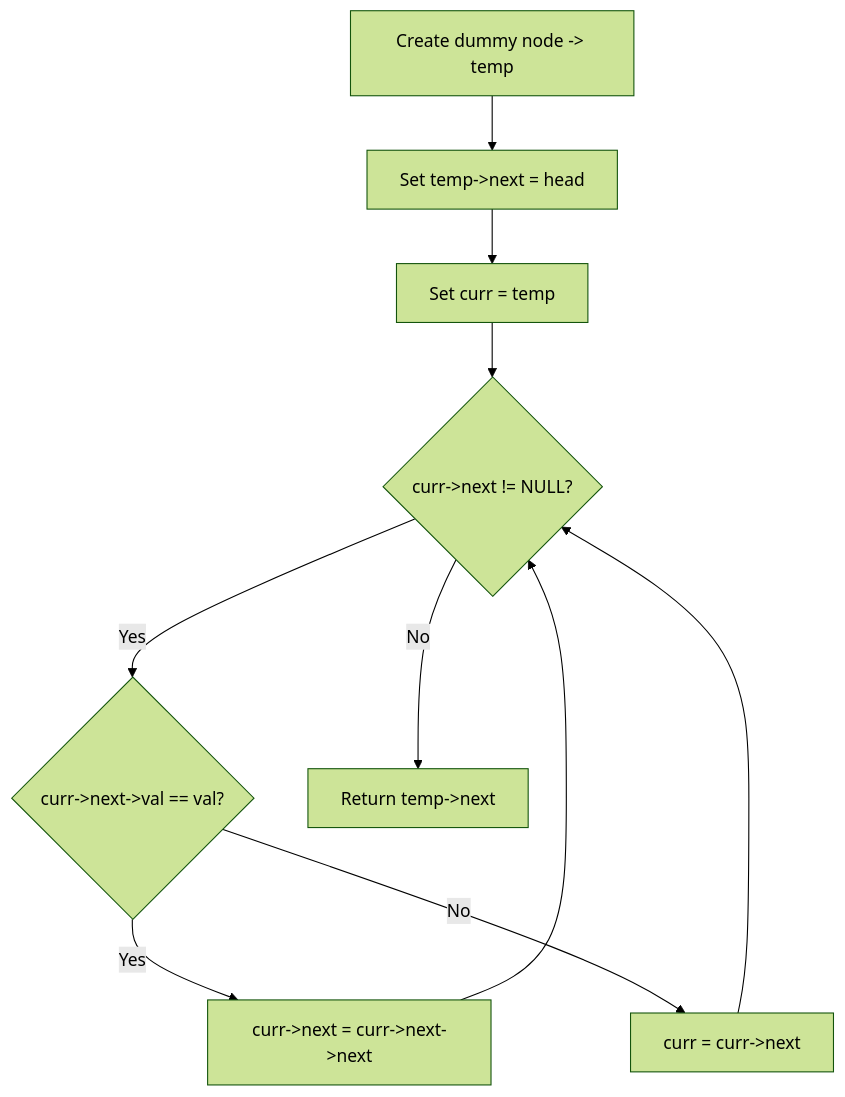
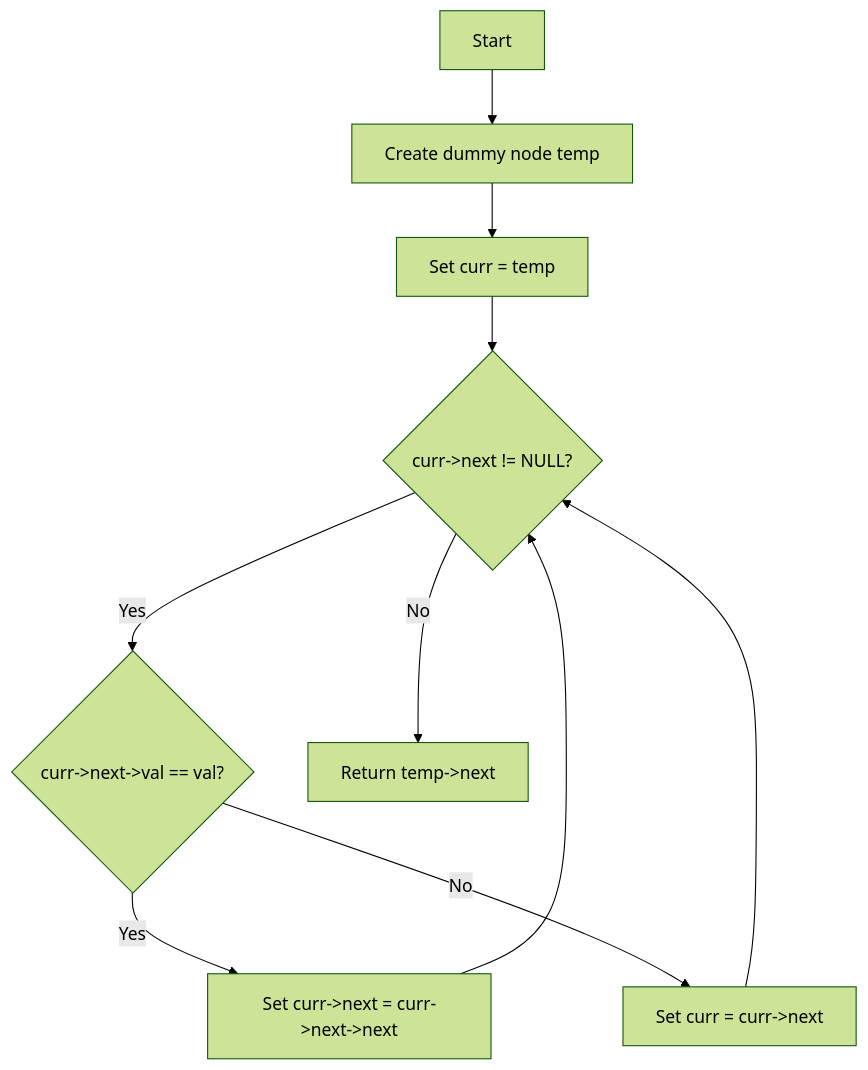
Before and after one commit to GH-Shivam007/50DaysOfCode: the second of 2 diagrams in approachDay6.md, drawn with Mermaid (forest theme). The commit also changed other lines of this file, not shown here.

````diff
--- a/approachDay6.md
+++ b/approachDay6.md
@@ -116,12 +114,12 @@
 ```mermaid
 flowchart TD
-    A[Create dummy node -> temp] --> B[Set temp->next = head]
+    A[Start] --> B[Create dummy node temp]
     B --> C[Set curr = temp]
     C --> D{curr->next != NULL?}
     D -- Yes --> E{curr->next->val == val?}
-    E -- Yes --> F[curr->next = curr->next->next]
-    E -- No --> G[curr = curr->next]
+    E -- Yes --> F[Set curr->next = curr->next->next]
     F --> D
+    E -- No --> G[Set curr = curr->next]
     G --> D
     D -- No --> H[Return temp->next]
 ```
````
